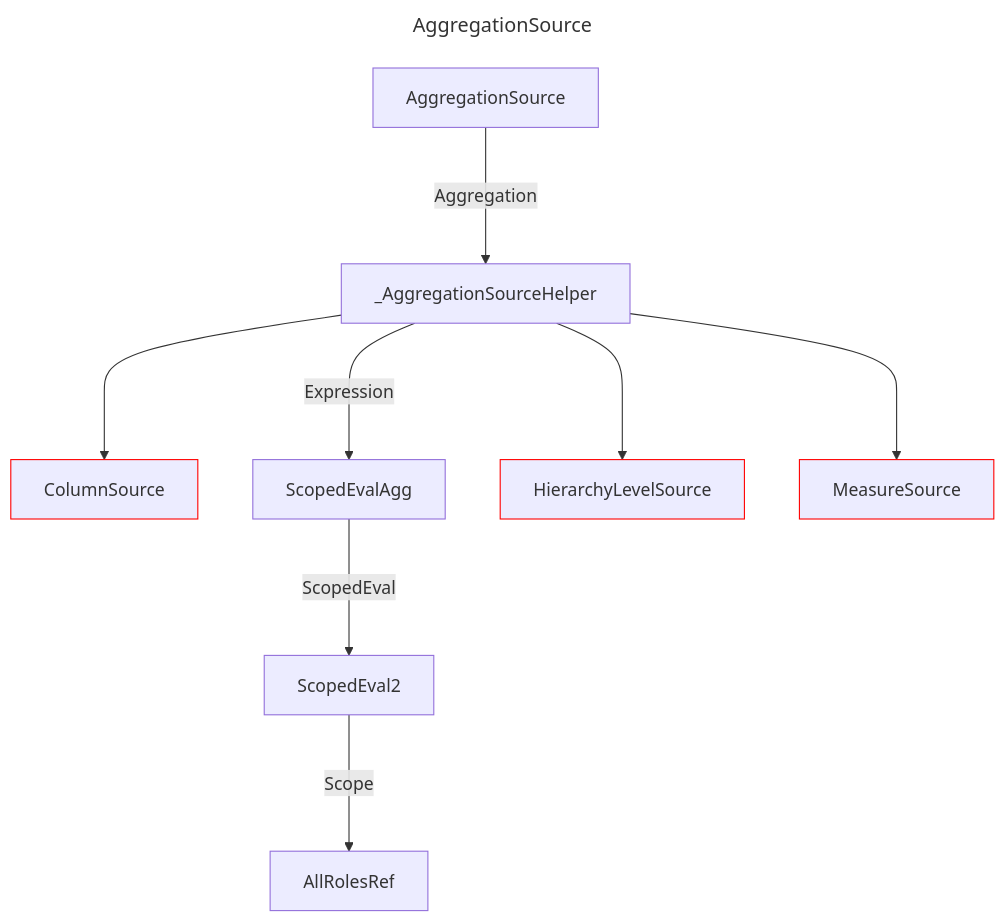
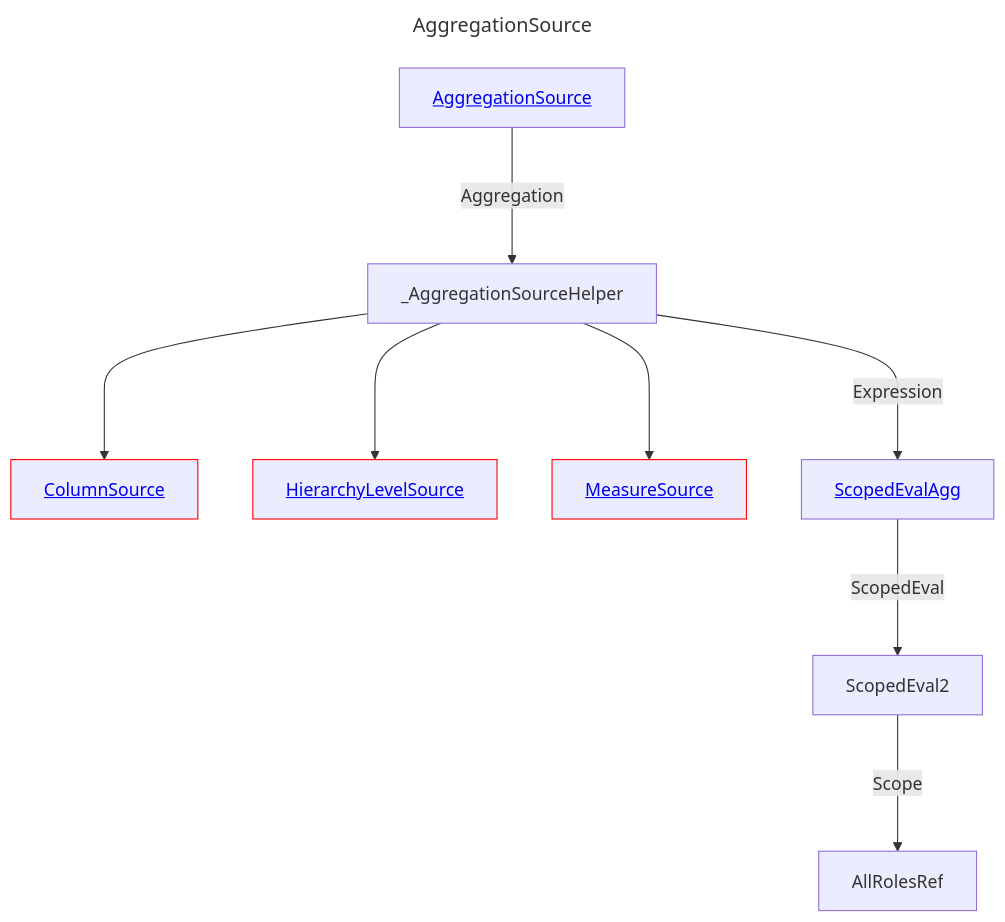
The diagram in docs/docs/layout/erd/AggregationSource.md (douglassimonsen/pbi_core), drawn with Mermaid before and after one commit. The commit also changed 76 other files, not shown here.

````diff
--- a/docs/docs/layout/erd/AggregationSource.md
+++ b/docs/docs/layout/erd/AggregationSource.md
@@ -1,24 +1,24 @@
 ```mermaid
 ---
 title: AggregationSource
 ---
 graph 
-2430071365824["ColumnSource"]
-style 2430071365824 stroke:#ff0000,stroke-width:1px
-2430071371680["ScopedEvalAgg"]
-2430071362896["AllRolesRef"]
-2430071357040["_AggregationSourceHelper"]
-2430071358016["AggregationSource"]
-2430071363872["HierarchyLevelSource"]
-style 2430071363872 stroke:#ff0000,stroke-width:1px
-2430071369728["ScopedEval2"]
-2430071359968["MeasureSource"]
-style 2430071359968 stroke:#ff0000,stroke-width:1px
-2430071357040 ---> 2430071359968
-2430071371680 --->|ScopedEval| 2430071369728
-2430071358016 --->|Aggregation| 2430071357040
-2430071357040 ---> 2430071365824
-2430071357040 --->|Expression| 2430071371680
-2430071357040 ---> 2430071363872
-2430071369728 --->|Scope| 2430071362896
+AggregationSource[<a href='/layout/erd/AggregationSource'>AggregationSource</a>]
+AllRolesRef[AllRolesRef]
+ColumnSource[<a href='/layout/erd/ColumnSource'>ColumnSource</a>]
+style ColumnSource stroke:#ff0000,stroke-width:1px
+HierarchyLevelSource[<a href='/layout/erd/HierarchyLevelSource'>HierarchyLevelSource</a>]
+style HierarchyLevelSource stroke:#ff0000,stroke-width:1px
+MeasureSource[<a href='/layout/erd/MeasureSource'>MeasureSource</a>]
+style MeasureSource stroke:#ff0000,stroke-width:1px
+ScopedEval2[ScopedEval2]
+ScopedEvalAgg[<a href='/layout/erd/ScopedEvalAgg'>ScopedEvalAgg</a>]
+_AggregationSourceHelper[_AggregationSourceHelper]
+ScopedEval2 --->|Scope| AllRolesRef
+_AggregationSourceHelper ---> MeasureSource
+_AggregationSourceHelper ---> ColumnSource
+_AggregationSourceHelper ---> HierarchyLevelSource
+AggregationSource --->|Aggregation| _AggregationSourceHelper
+ScopedEvalAgg --->|ScopedEval| ScopedEval2
+_AggregationSourceHelper --->|Expression| ScopedEvalAgg
 ```
````
